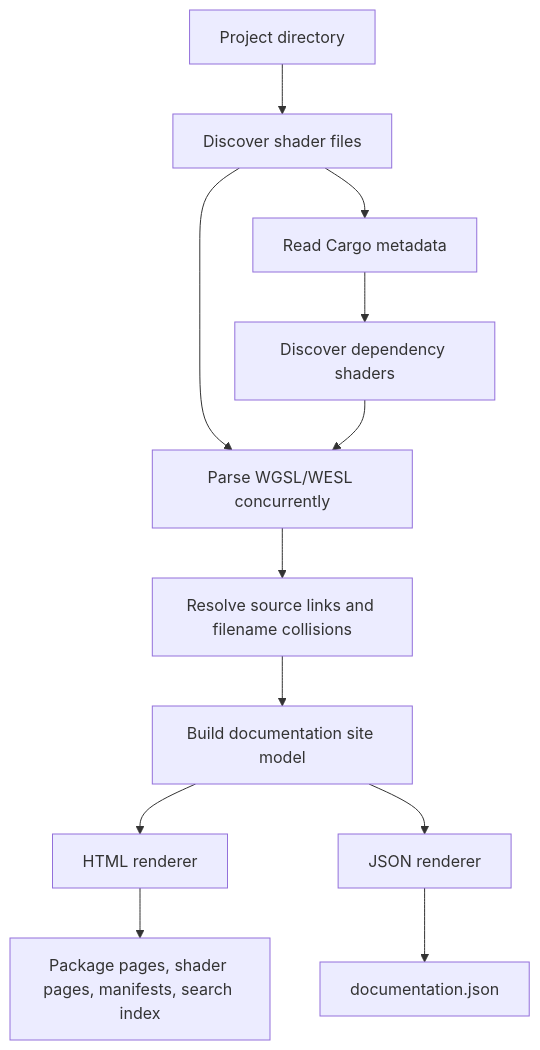
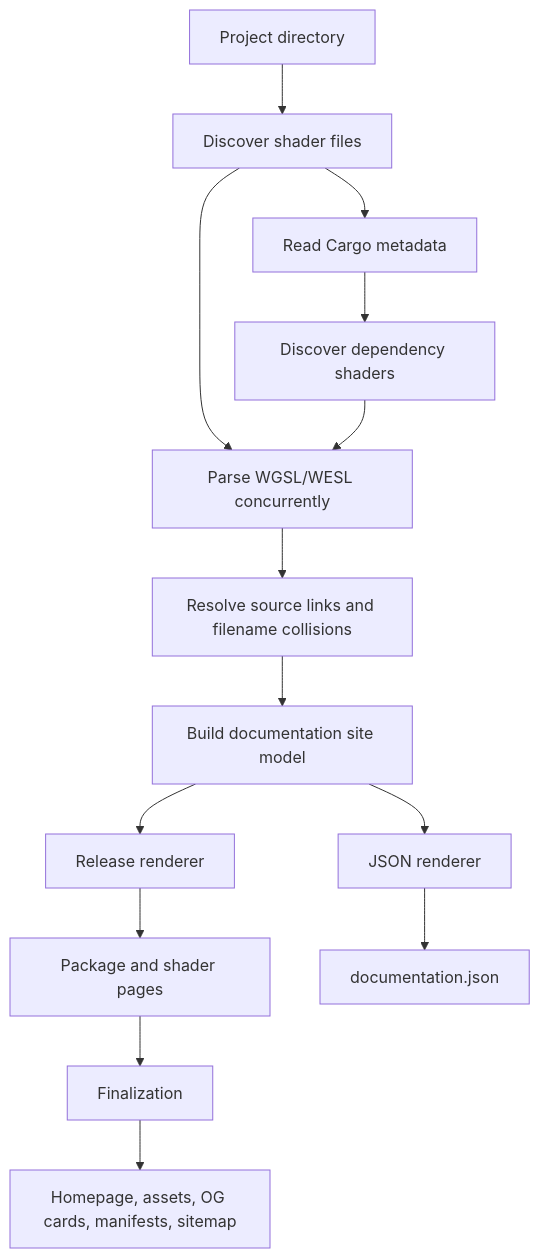
Before and after one commit to faramozzayw/bevy-shader-explorer: the first of 2 diagrams in README.md, drawn with Mermaid. The commit also changed other lines of this file and 27 other files, not shown here.

````diff
--- a/README.md
+++ b/README.md
@@ -87,14 +101,16 @@
 ```mermaid
 flowchart TD
     A[Project directory] --> B[Discover shader files]
     B --> C[Read Cargo metadata]
     C --> D[Discover dependency shaders]
     B --> E[Parse WGSL/WESL concurrently]
     D --> E
     E --> F[Resolve source links and filename collisions]
     F --> G[Build documentation site model]
-    G --> H[HTML renderer]
+    G --> H[Release renderer]
     G --> I[JSON renderer]
-    H --> J[Package pages, shader pages, manifests, search index]
-    I --> K[documentation.json]
+    H --> J[Package and shader pages]
+    J --> K[Finalization]
+    K --> L[Homepage, assets, OG cards, manifests, sitemap]
+    I --> M[documentation.json]
 ```
````
